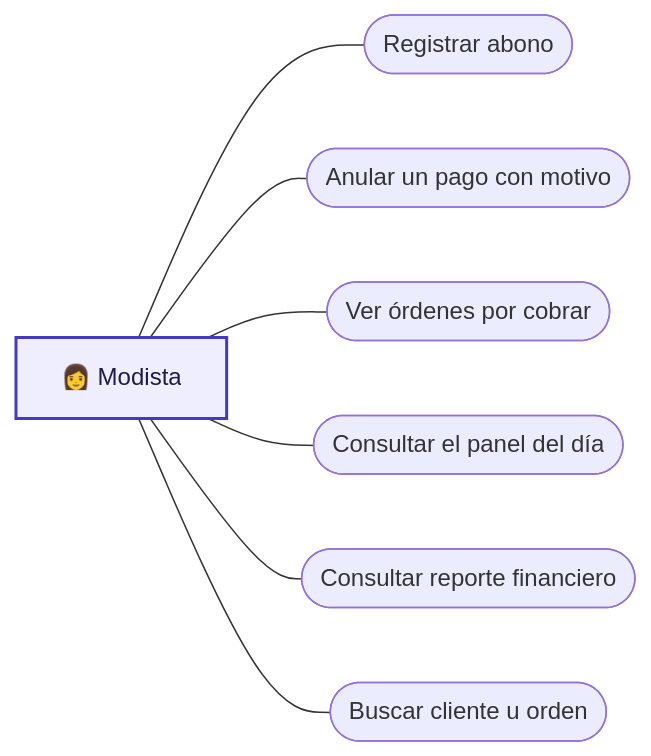
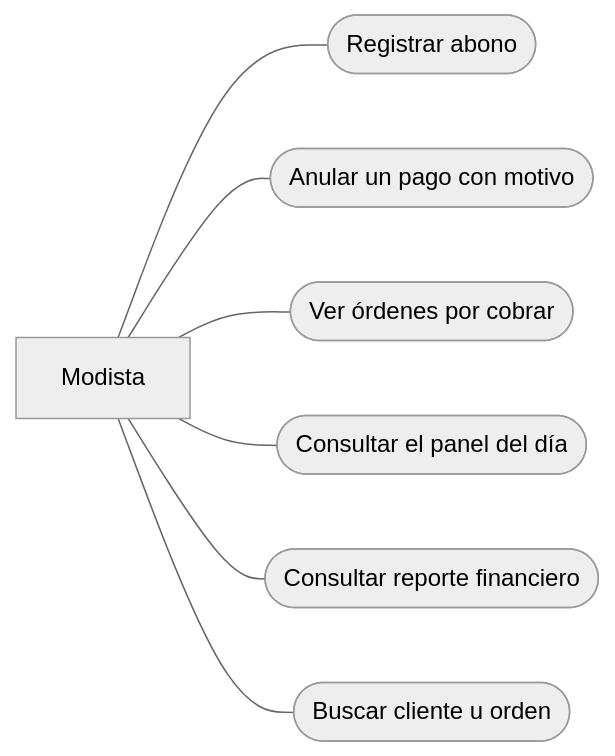
One commit to Aryannext/Costura-app changed the fifth of 16 diagrams in docs/02-diseno/DIAGRAMAS.md. Above: the diagram before and after it, drawn with Mermaid. The commit also changed other lines of this file and 4 other files, not shown here.

First line of the commit message:
P1-7: el aviso de las 8:00 comprueba el permiso de alarmas exactas; diagramas sin emojis ni colores

````diff
--- a/docs/02-diseno/DIAGRAMAS.md
+++ b/docs/02-diseno/DIAGRAMAS.md
@@ -310,19 +310,18 @@
 ```mermaid
+%%{init: {'theme': 'neutral'}}%%
 flowchart LR
-    M["👩 Modista"]:::actor
+    M["Modista"]
     P1(["Registrar abono"])
     P2(["Anular un pago con motivo"])
     P3(["Ver órdenes por cobrar"])
     P4(["Consultar el panel del día"])
     P5(["Consultar reporte financiero"])
     P6(["Buscar cliente u orden"])
 
     M --- P1
     M --- P2
     M --- P3
     M --- P4
     M --- P5
     M --- P6
-
-    classDef actor fill:#eef,stroke:#4338ca,stroke-width:2px,color:#1e1b4b
 ```
````
